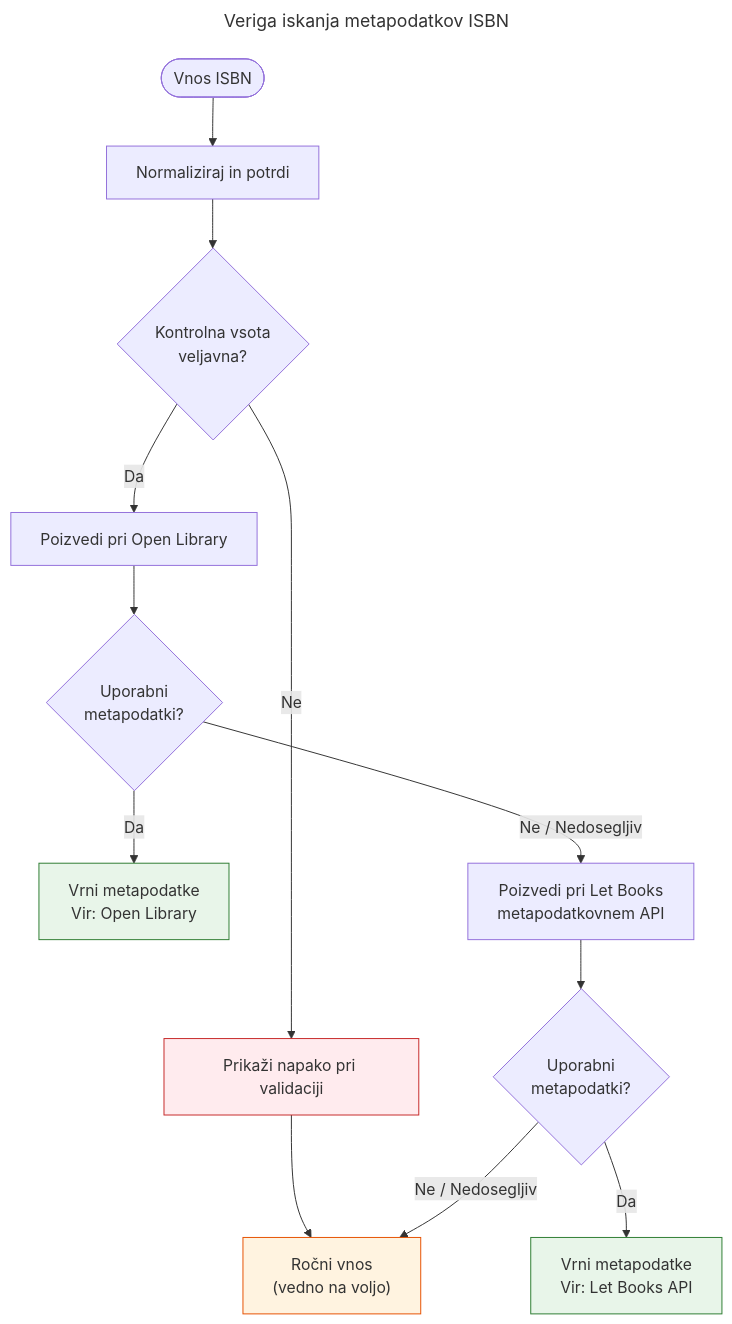
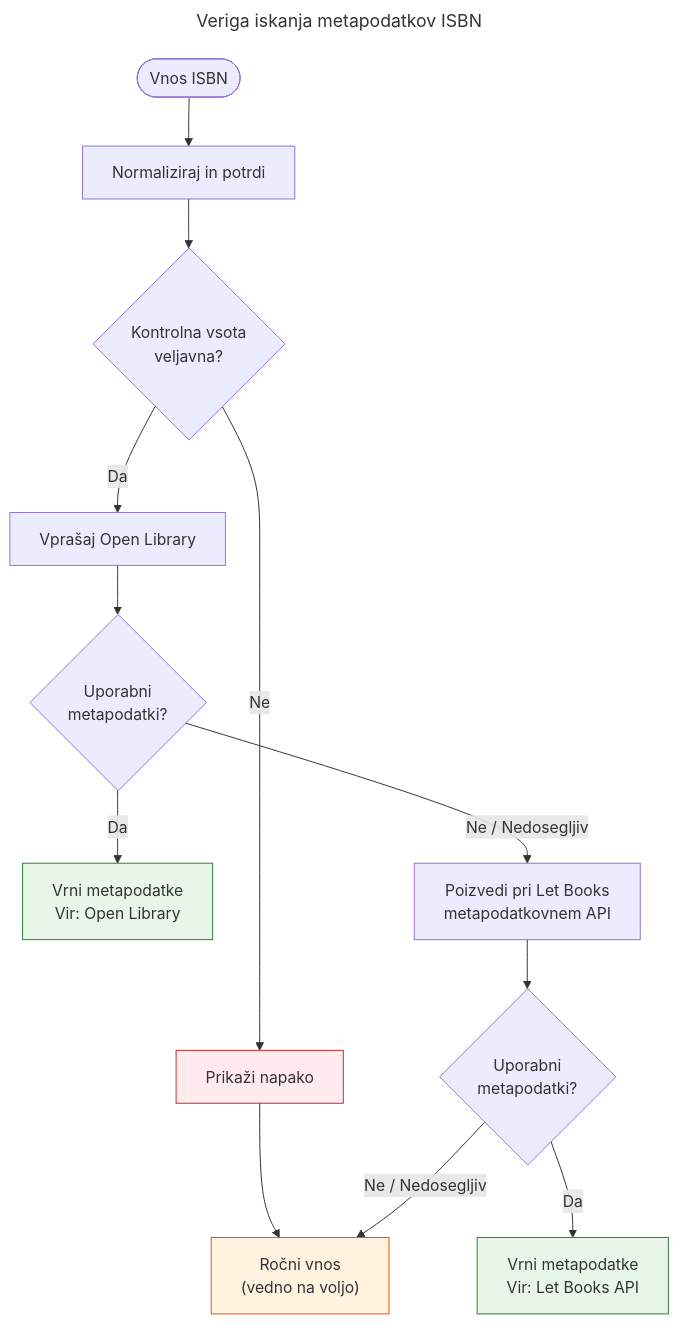
The diagram in docs/diagrams/blog/isbn-not-a-database/sl/isbn-lookup-chain.mmd (mihafreenode/let-books), drawn with Mermaid before and after one commit. The commit also changed 430 other files, not shown here.

```diff
--- a/docs/diagrams/blog/isbn-not-a-database/sl/isbn-lookup-chain.mmd
+++ b/docs/diagrams/blog/isbn-not-a-database/sl/isbn-lookup-chain.mmd
@@ -1,20 +1,20 @@
 ---
 title: Veriga iskanja metapodatkov ISBN
 ---
 flowchart TD
     A(["Vnos ISBN"]) --> B[Normaliziraj in potrdi]
     B --> C{Kontrolna vsota<br/>veljavna?}
-    C -->|Ne| D["Prikaži napako pri validaciji"]
+    C -->|Ne| D["Prikaži napako"]
     D --> E["Ročni vnos<br/>(vedno na voljo)"]
-    C -->|Da| F["Poizvedi pri Open Library"]
+    C -->|Da| F["Vprašaj Open Library"]
     F --> G{Uporabni<br/>metapodatki?}
     G -->|Da| H["Vrni metapodatke<br/>Vir: Open Library"]
     G -->|Ne / Nedosegljiv| I["Poizvedi pri Let Books<br/>metapodatkovnem API"]
     I --> J{Uporabni<br/>metapodatki?}
     J -->|Da| K["Vrni metapodatke<br/>Vir: Let Books API"]
     J -->|Ne / Nedosegljiv| E
 
     style H fill:#e8f5e9,stroke:#2e7d32
     style K fill:#e8f5e9,stroke:#2e7d32
     style E fill:#fff3e0,stroke:#e65100
     style D fill:#ffebee,stroke:#c62828
```
